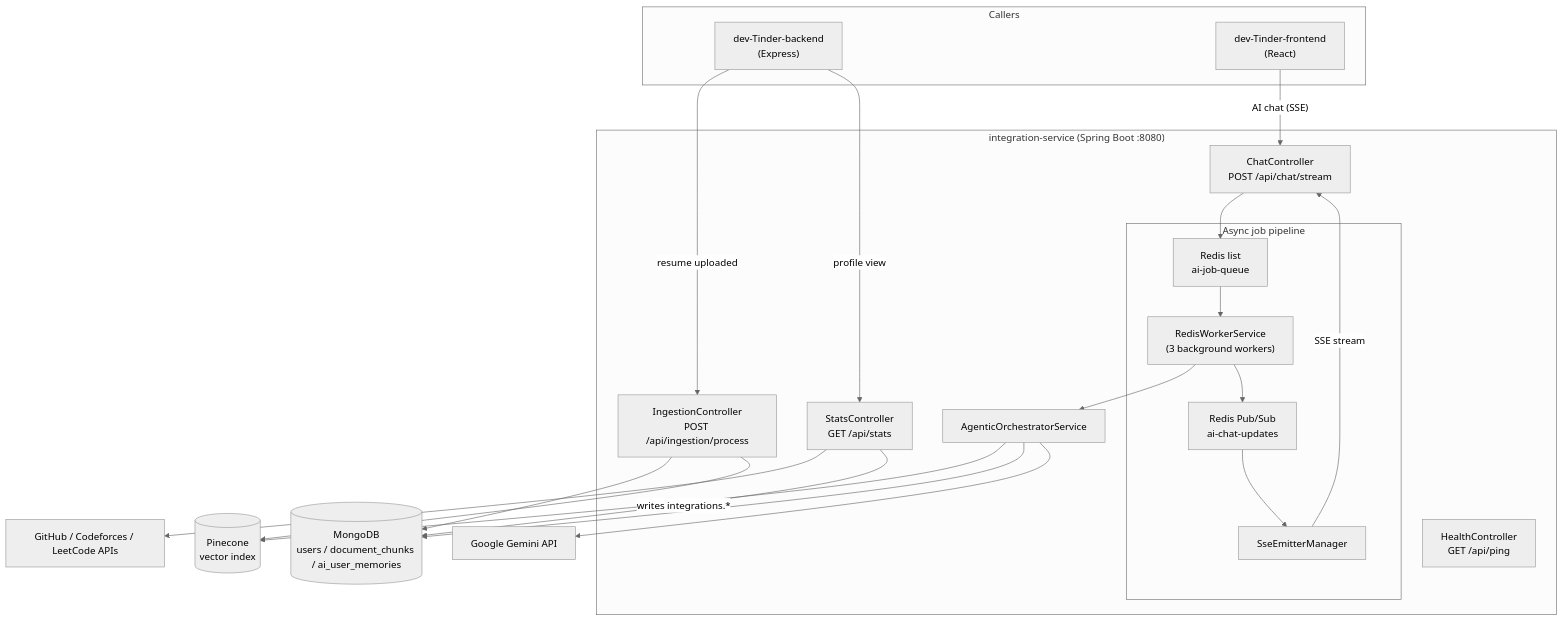
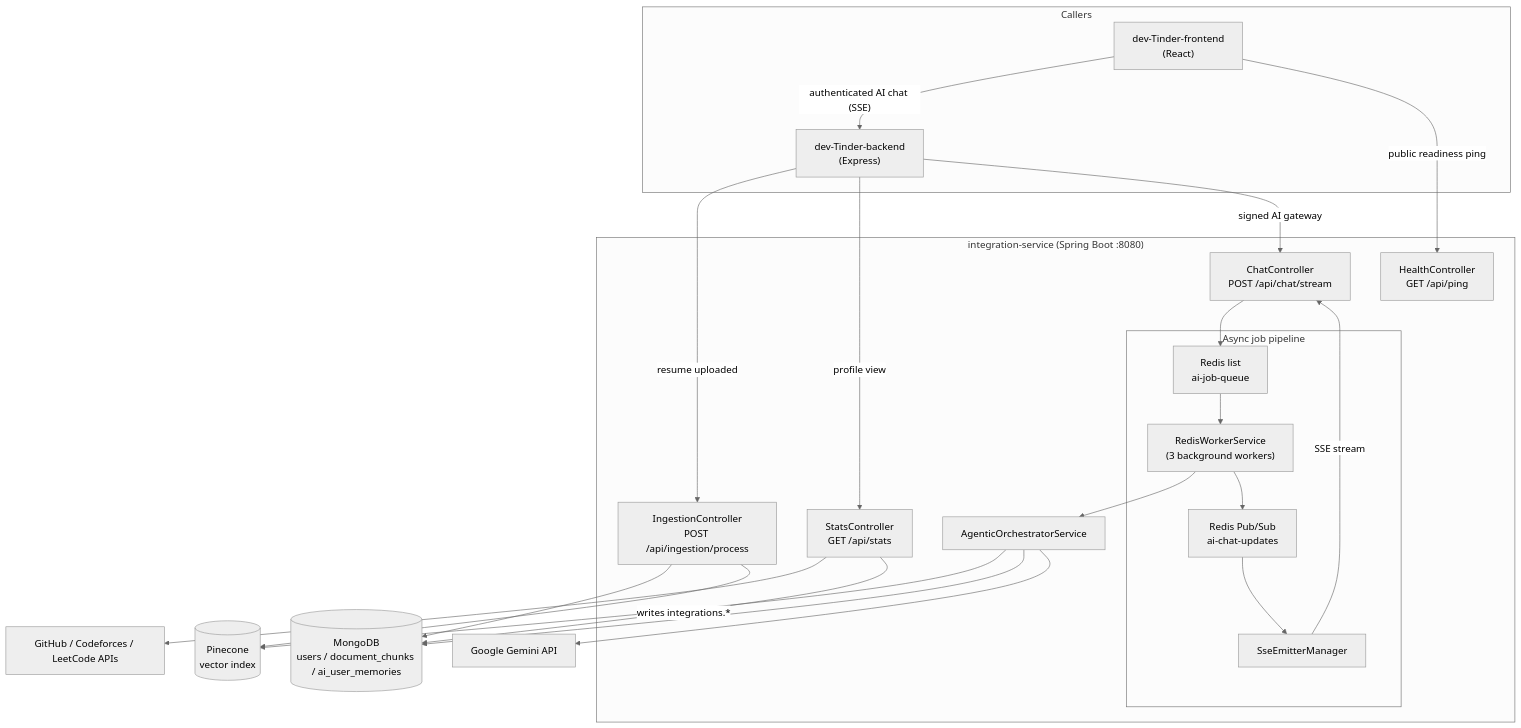
One commit to amanxsays/dev-Tinder-Spring-Backend changed the first of 4 diagrams in README.md. Above: the diagram before and after it, drawn with Mermaid (neutral theme). The commit also changed other lines of this file and 7 other files, not shown here.

Commit message:
Verify signed AI gateway requests and remove embedded database credential

````diff
--- a/README.md
+++ b/README.md
@@ -23,48 +30,50 @@
 ```mermaid
 flowchart TB
     subgraph Callers
         Node["dev-Tinder-backend<br/>(Express)"]
         FE["dev-Tinder-frontend<br/>(React)"]
     end
 
     subgraph Service["integration-service (Spring Boot :8080)"]
         StatsC["StatsController<br/>GET /api/stats"]
         IngestC["IngestionController<br/>POST /api/ingestion/process"]
         ChatC["ChatController<br/>POST /api/chat/stream"]
         Health["HealthController<br/>GET /api/ping"]
 
         subgraph Async["Async job pipeline"]
             Queue["Redis list<br/>ai-job-queue"]
             Worker["RedisWorkerService<br/>(3 background workers)"]
             PubSub["Redis Pub/Sub<br/>ai-chat-updates"]
             SseMgr["SseEmitterManager"]
         end
 
         Orchestrator["AgenticOrchestratorService"]
     end
 
     Mongo[("MongoDB<br/>users / document_chunks / ai_user_memories")]
     Pinecone[("Pinecone<br/>vector index")]
     Gemini["Google Gemini API"]
     GH["GitHub / Codeforces / LeetCode APIs"]
 
     Node -- "resume uploaded" --> IngestC
     Node -- "profile view" --> StatsC
-    FE -- "AI chat (SSE)" --> ChatC
+    FE -- "authenticated AI chat (SSE)" --> Node
+    Node -- "signed AI gateway" --> ChatC
+    FE -- "public readiness ping" --> Health
 
     StatsC --> GH
     StatsC -- "writes integrations.*" --> Mongo
 
     IngestC --> Mongo
     IngestC --> Pinecone
 
     ChatC --> Queue
     Queue --> Worker
     Worker --> Orchestrator
     Orchestrator --> Pinecone
     Orchestrator --> Mongo
     Orchestrator --> Gemini
     Worker --> PubSub
     PubSub --> SseMgr
     SseMgr -- "SSE stream" --> ChatC
 ```
````
